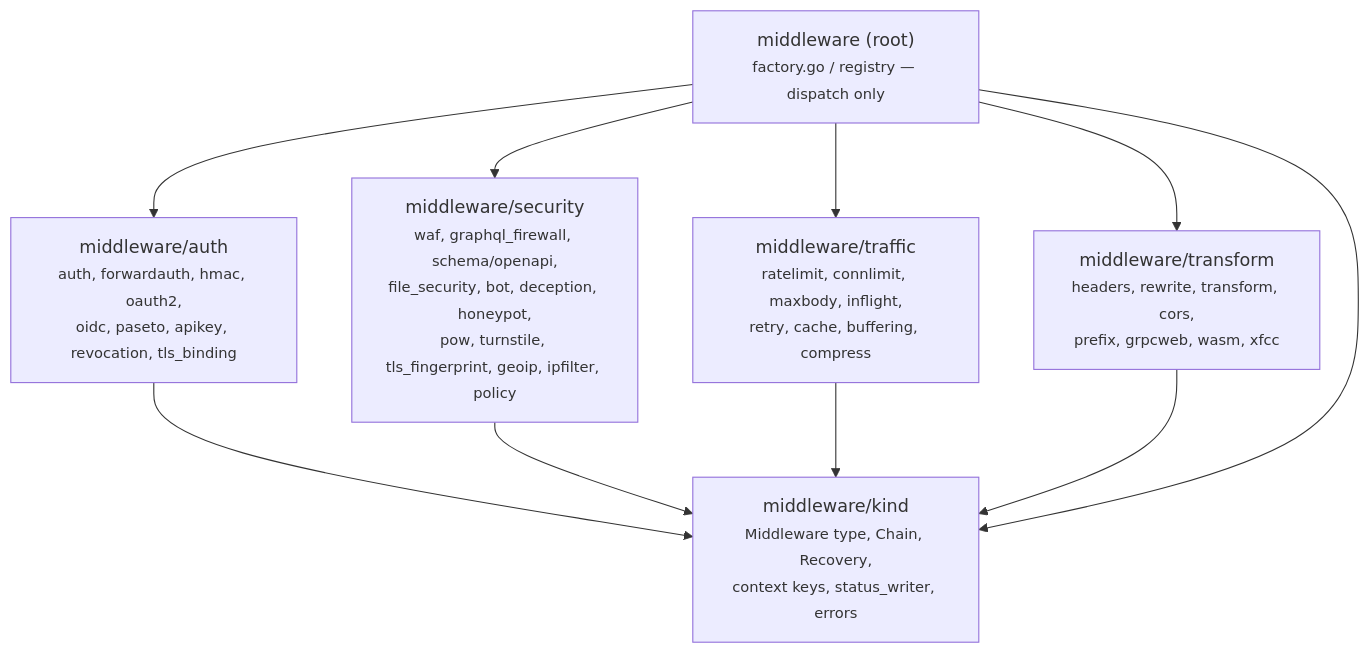
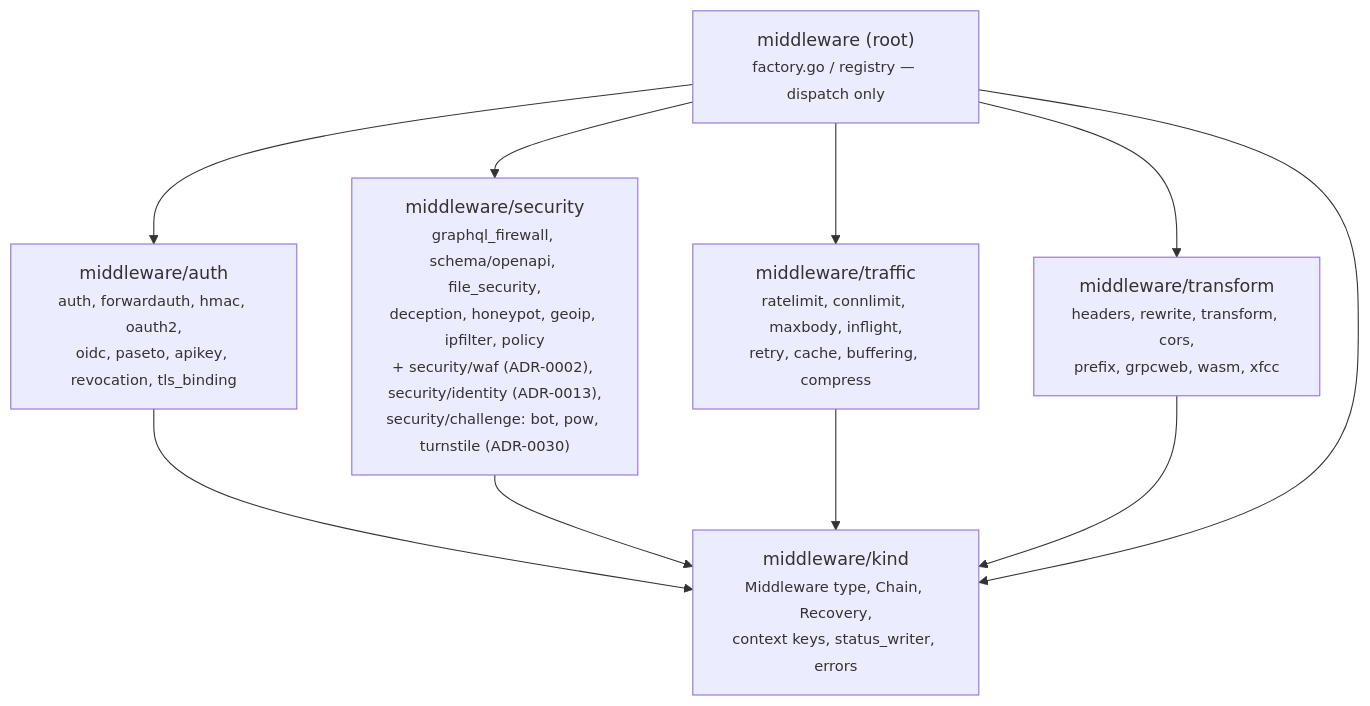
The third of 3 diagrams in doc/architecture.md (gsoultan/gateon), drawn with Mermaid before and after one commit. The commit also changed 58 other files, not shown here.

````diff
--- a/doc/architecture.md
+++ b/doc/architecture.md
@@ -68,22 +68,22 @@
 ```mermaid
 flowchart TD
     Kind["middleware/kind<br/><small>Middleware type, Chain, Recovery,<br/>context keys, status_writer, errors</small>"]
 
     Auth["middleware/auth<br/><small>auth, forwardauth, hmac, oauth2,<br/>oidc, paseto, apikey, revocation, tls_binding</small>"]
-    Sec["middleware/security<br/><small>waf, graphql_firewall, schema/openapi,<br/>file_security, bot, deception, honeypot,<br/>pow, turnstile, tls_fingerprint, geoip, ipfilter, policy</small>"]
+    Sec["middleware/security<br/><small>graphql_firewall, schema/openapi, file_security,<br/>deception, honeypot, geoip, ipfilter, policy<br/>+ security/waf (ADR-0002), security/identity (ADR-0013),<br/>security/challenge: bot, pow, turnstile (ADR-0030)</small>"]
     Traf["middleware/traffic<br/><small>ratelimit, connlimit, maxbody, inflight,<br/>retry, cache, buffering, compress</small>"]
     Trans["middleware/transform<br/><small>headers, rewrite, transform, cors,<br/>prefix, grpcweb, wasm, xfcc</small>"]
 
     Root["middleware (root)<br/><small>factory.go / registry — dispatch only</small>"]
 
     Auth --> Kind
     Sec --> Kind
     Traf --> Kind
     Trans --> Kind
 
     Root --> Auth
     Root --> Sec
     Root --> Traf
     Root --> Trans
     Root --> Kind
 ```
````
